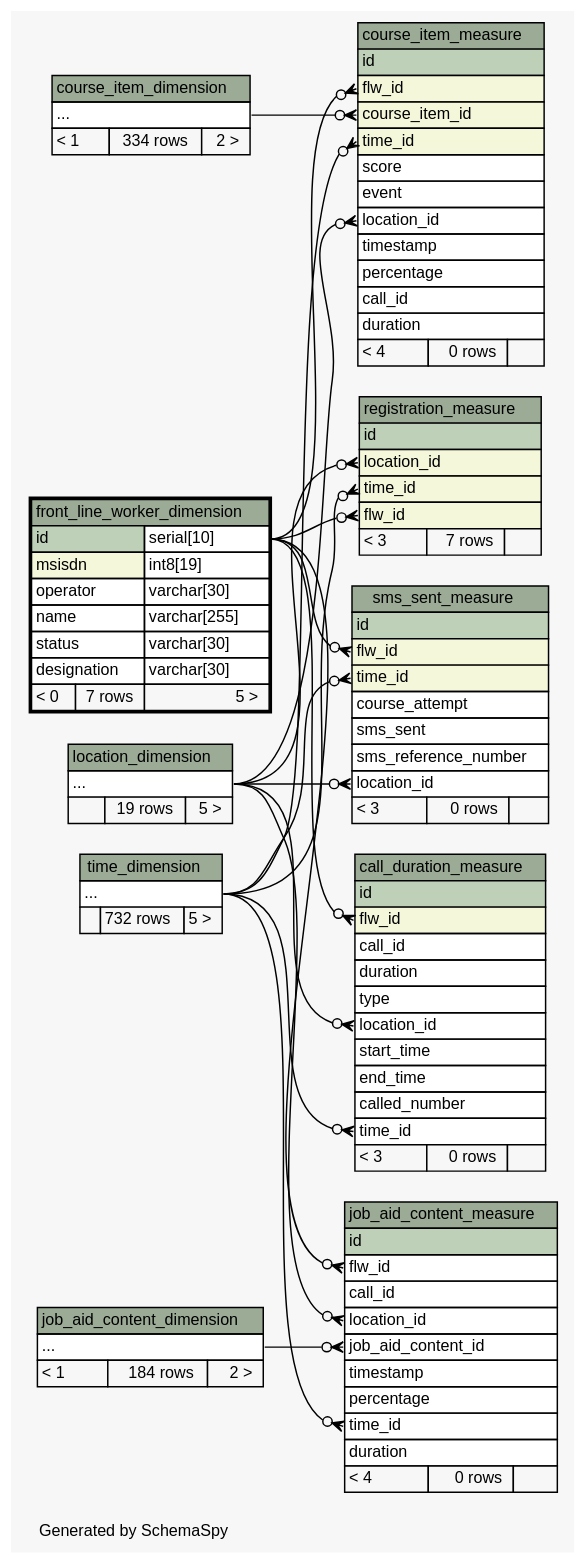
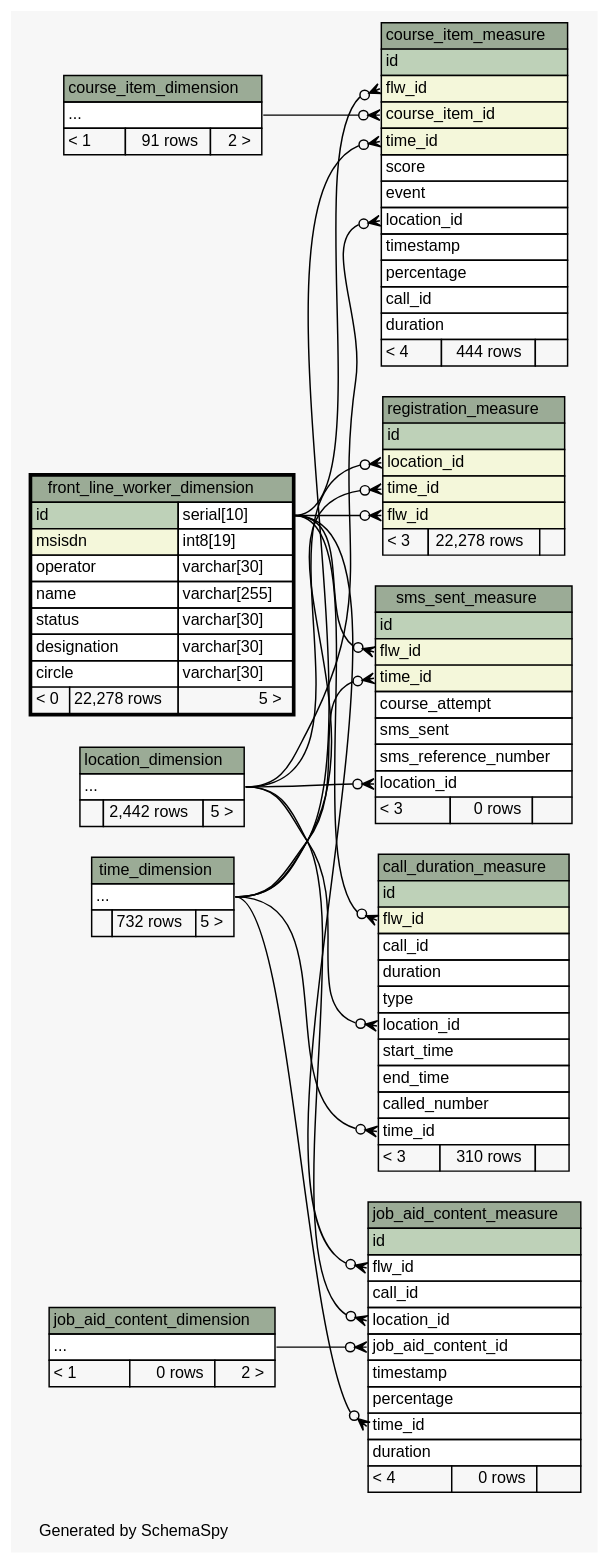
One commit to motech/ananya changed the diagram in ananya-report/build/schemaspy-output/diagrams/front_line_worker_dimension.2degrees.dot. Above: the diagram before and after it, drawn with Graphviz. The commit also changed 69 other files, not shown here.

```diff
--- a/ananya-report/build/schemaspy-output/diagrams/front_line_worker_dimension.2degrees.dot
+++ b/ananya-report/build/schemaspy-output/diagrams/front_line_worker_dimension.2degrees.dot
@@ -1,180 +1,181 @@
 // dot 2.26.3 on Linux 2.6.38-11-generic-pae
 // SchemaSpy rev 590
 digraph "twoDegreesRelationshipsDiagram" {
   graph [
     rankdir="RL"
     bgcolor="#f7f7f7"
     label="\nGenerated by SchemaSpy"
     labeljust="l"
     nodesep="0.18"
     ranksep="0.46"
     fontname="Helvetica"
     fontsize="11"
   ];
   node [
     fontname="Helvetica"
     fontsize="11"
     shape="plaintext"
   ];
   edge [
     arrowsize="0.8"
   ];
   "call_duration_measure":"flw_id":w -> "front_line_worker_dimension":"id.type":e [arrowhead=none dir=back arrowtail=crowodot];
   "call_duration_measure":"location_id":w -> "location_dimension":"elipses":e [arrowhead=none dir=back arrowtail=crowodot];
   "call_duration_measure":"time_id":w -> "time_dimension":"elipses":e [arrowhead=none dir=back arrowtail=crowodot];
   "course_item_measure":"course_item_id":w -> "course_item_dimension":"elipses":e [arrowhead=none dir=back arrowtail=crowodot];
   "course_item_measure":"flw_id":w -> "front_line_worker_dimension":"id.type":e [arrowhead=none dir=back arrowtail=crowodot];
   "course_item_measure":"location_id":w -> "location_dimension":"elipses":e [arrowhead=none dir=back arrowtail=crowodot];
   "course_item_measure":"time_id":w -> "time_dimension":"elipses":e [arrowhead=none dir=back arrowtail=crowodot];
   "job_aid_content_measure":"flw_id":w -> "front_line_worker_dimension":"id.type":e [arrowhead=none dir=back arrowtail=crowodot];
   "job_aid_content_measure":"job_aid_content_id":w -> "job_aid_content_dimension":"elipses":e [arrowhead=none dir=back arrowtail=crowodot];
   "job_aid_content_measure":"location_id":w -> "location_dimension":"elipses":e [arrowhead=none dir=back arrowtail=crowodot];
   "job_aid_content_measure":"time_id":w -> "time_dimension":"elipses":e [arrowhead=none dir=back arrowtail=crowodot];
   "registration_measure":"flw_id":w -> "front_line_worker_dimension":"id.type":e [arrowhead=none dir=back arrowtail=crowodot];
   "registration_measure":"location_id":w -> "location_dimension":"elipses":e [arrowhead=none dir=back arrowtail=crowodot];
   "registration_measure":"time_id":w -> "time_dimension":"elipses":e [arrowhead=none dir=back arrowtail=crowodot];
   "sms_sent_measure":"flw_id":w -> "front_line_worker_dimension":"id.type":e [arrowhead=none dir=back arrowtail=crowodot];
   "sms_sent_measure":"location_id":w -> "location_dimension":"elipses":e [arrowhead=none dir=back arrowtail=crowodot];
   "sms_sent_measure":"time_id":w -> "time_dimension":"elipses":e [arrowhead=none dir=back arrowtail=crowodot];
   "call_duration_measure" [
     label=<
     <TABLE BORDER="0" CELLBORDER="1" CELLSPACING="0" BGCOLOR="#ffffff">
       <TR><TD COLSPAN="3" BGCOLOR="#9bab96" ALIGN="CENTER">call_duration_measure</TD></TR>
       <TR><TD PORT="id" COLSPAN="3" BGCOLOR="#bed1b8" ALIGN="LEFT">id</TD></TR>
       <TR><TD PORT="flw_id" COLSPAN="3" BGCOLOR="#f4f7da" ALIGN="LEFT">flw_id</TD></TR>
       <TR><TD PORT="call_id" COLSPAN="3" ALIGN="LEFT">call_id</TD></TR>
       <TR><TD PORT="duration" COLSPAN="3" ALIGN="LEFT">duration</TD></TR>
       <TR><TD PORT="type" COLSPAN="3" ALIGN="LEFT">type</TD></TR>
       <TR><TD PORT="location_id" COLSPAN="3" ALIGN="LEFT">location_id</TD></TR>
       <TR><TD PORT="start_time" COLSPAN="3" ALIGN="LEFT">start_time</TD></TR>
       <TR><TD PORT="end_time" COLSPAN="3" ALIGN="LEFT">end_time</TD></TR>
       <TR><TD PORT="called_number" COLSPAN="3" ALIGN="LEFT">called_number</TD></TR>
       <TR><TD PORT="time_id" COLSPAN="3" ALIGN="LEFT">time_id</TD></TR>
-      <TR><TD ALIGN="LEFT" BGCOLOR="#f7f7f7">&lt; 3</TD><TD ALIGN="RIGHT" BGCOLOR="#f7f7f7">0 rows</TD><TD ALIGN="RIGHT" BGCOLOR="#f7f7f7">  </TD></TR>
+      <TR><TD ALIGN="LEFT" BGCOLOR="#f7f7f7">&lt; 3</TD><TD ALIGN="RIGHT" BGCOLOR="#f7f7f7">310 rows</TD><TD ALIGN="RIGHT" BGCOLOR="#f7f7f7">  </TD></TR>
     </TABLE>>
     URL="call_duration_measure.html"
     tooltip="call_duration_measure"
   ];
   "course_item_dimension" [
     label=<
     <TABLE BORDER="0" CELLBORDER="1" CELLSPACING="0" BGCOLOR="#ffffff">
       <TR><TD COLSPAN="3" BGCOLOR="#9bab96" ALIGN="CENTER">course_item_dimension</TD></TR>
       <TR><TD PORT="elipses" COLSPAN="3" ALIGN="LEFT">...</TD></TR>
-      <TR><TD ALIGN="LEFT" BGCOLOR="#f7f7f7">&lt; 1</TD><TD ALIGN="RIGHT" BGCOLOR="#f7f7f7">334 rows</TD><TD ALIGN="RIGHT" BGCOLOR="#f7f7f7">2 &gt;</TD></TR>
+      <TR><TD ALIGN="LEFT" BGCOLOR="#f7f7f7">&lt; 1</TD><TD ALIGN="RIGHT" BGCOLOR="#f7f7f7">91 rows</TD><TD ALIGN="RIGHT" BGCOLOR="#f7f7f7">2 &gt;</TD></TR>
     </TABLE>>
     URL="course_item_dimension.html"
     tooltip="course_item_dimension"
   ];
   "course_item_measure" [
     label=<
     <TABLE BORDER="0" CELLBORDER="1" CELLSPACING="0" BGCOLOR="#ffffff">
       <TR><TD COLSPAN="3" BGCOLOR="#9bab96" ALIGN="CENTER">course_item_measure</TD></TR>
       <TR><TD PORT="id" COLSPAN="3" BGCOLOR="#bed1b8" ALIGN="LEFT">id</TD></TR>
       <TR><TD PORT="flw_id" COLSPAN="3" BGCOLOR="#f4f7da" ALIGN="LEFT">flw_id</TD></TR>
       <TR><TD PORT="course_item_id" COLSPAN="3" BGCOLOR="#f4f7da" ALIGN="LEFT">course_item_id</TD></TR>
       <TR><TD PORT="time_id" COLSPAN="3" BGCOLOR="#f4f7da" ALIGN="LEFT">time_id</TD></TR>
       <TR><TD PORT="score" COLSPAN="3" ALIGN="LEFT">score</TD></TR>
       <TR><TD PORT="event" COLSPAN="3" ALIGN="LEFT">event</TD></TR>
       <TR><TD PORT="location_id" COLSPAN="3" ALIGN="LEFT">location_id</TD></TR>
       <TR><TD PORT="timestamp" COLSPAN="3" ALIGN="LEFT">timestamp</TD></TR>
       <TR><TD PORT="percentage" COLSPAN="3" ALIGN="LEFT">percentage</TD></TR>
       <TR><TD PORT="call_id" COLSPAN="3" ALIGN="LEFT">call_id</TD></TR>
       <TR><TD PORT="duration" COLSPAN="3" ALIGN="LEFT">duration</TD></TR>
-      <TR><TD ALIGN="LEFT" BGCOLOR="#f7f7f7">&lt; 4</TD><TD ALIGN="RIGHT" BGCOLOR="#f7f7f7">0 rows</TD><TD ALIGN="RIGHT" BGCOLOR="#f7f7f7">  </TD></TR>
+      <TR><TD ALIGN="LEFT" BGCOLOR="#f7f7f7">&lt; 4</TD><TD ALIGN="RIGHT" BGCOLOR="#f7f7f7">444 rows</TD><TD ALIGN="RIGHT" BGCOLOR="#f7f7f7">  </TD></TR>
     </TABLE>>
     URL="course_item_measure.html"
     tooltip="course_item_measure"
   ];
   "front_line_worker_dimension" [
     label=<
     <TABLE BORDER="2" CELLBORDER="1" CELLSPACING="0" BGCOLOR="#ffffff">
       <TR><TD COLSPAN="3" BGCOLOR="#9bab96" ALIGN="CENTER">front_line_worker_dimension</TD></TR>
       <TR><TD PORT="id" COLSPAN="2" BGCOLOR="#bed1b8" ALIGN="LEFT">id</TD><TD PORT="id.type" ALIGN="LEFT">serial[10]</TD></TR>
       <TR><TD PORT="msisdn" COLSPAN="2" BGCOLOR="#f4f7da" ALIGN="LEFT">msisdn</TD><TD PORT="msisdn.type" ALIGN="LEFT">int8[19]</TD></TR>
       <TR><TD PORT="operator" COLSPAN="2" ALIGN="LEFT">operator</TD><TD PORT="operator.type" ALIGN="LEFT">varchar[30]</TD></TR>
       <TR><TD PORT="name" COLSPAN="2" ALIGN="LEFT">name</TD><TD PORT="name.type" ALIGN="LEFT">varchar[255]</TD></TR>
       <TR><TD PORT="status" COLSPAN="2" ALIGN="LEFT">status</TD><TD PORT="status.type" ALIGN="LEFT">varchar[30]</TD></TR>
       <TR><TD PORT="designation" COLSPAN="2" ALIGN="LEFT">designation</TD><TD PORT="designation.type" ALIGN="LEFT">varchar[30]</TD></TR>
-      <TR><TD ALIGN="LEFT" BGCOLOR="#f7f7f7">&lt; 0</TD><TD ALIGN="RIGHT" BGCOLOR="#f7f7f7">7 rows</TD><TD ALIGN="RIGHT" BGCOLOR="#f7f7f7">5 &gt;</TD></TR>
+      <TR><TD PORT="circle" COLSPAN="2" ALIGN="LEFT">circle</TD><TD PORT="circle.type" ALIGN="LEFT">varchar[30]</TD></TR>
+      <TR><TD ALIGN="LEFT" BGCOLOR="#f7f7f7">&lt; 0</TD><TD ALIGN="RIGHT" BGCOLOR="#f7f7f7">22,278 rows</TD><TD ALIGN="RIGHT" BGCOLOR="#f7f7f7">5 &gt;</TD></TR>
     </TABLE>>
     URL="front_line_worker_dimension.html"
     tooltip="front_line_worker_dimension"
   ];
   "job_aid_content_dimension" [
     label=<
     <TABLE BORDER="0" CELLBORDER="1" CELLSPACING="0" BGCOLOR="#ffffff">
       <TR><TD COLSPAN="3" BGCOLOR="#9bab96" ALIGN="CENTER">job_aid_content_dimension</TD></TR>
       <TR><TD PORT="elipses" COLSPAN="3" ALIGN="LEFT">...</TD></TR>
-      <TR><TD ALIGN="LEFT" BGCOLOR="#f7f7f7">&lt; 1</TD><TD ALIGN="RIGHT" BGCOLOR="#f7f7f7">184 rows</TD><TD ALIGN="RIGHT" BGCOLOR="#f7f7f7">2 &gt;</TD></TR>
+      <TR><TD ALIGN="LEFT" BGCOLOR="#f7f7f7">&lt; 1</TD><TD ALIGN="RIGHT" BGCOLOR="#f7f7f7">0 rows</TD><TD ALIGN="RIGHT" BGCOLOR="#f7f7f7">2 &gt;</TD></TR>
     </TABLE>>
     URL="job_aid_content_dimension.html"
     tooltip="job_aid_content_dimension"
   ];
   "job_aid_content_measure" [
     label=<
     <TABLE BORDER="0" CELLBORDER="1" CELLSPACING="0" BGCOLOR="#ffffff">
       <TR><TD COLSPAN="3" BGCOLOR="#9bab96" ALIGN="CENTER">job_aid_content_measure</TD></TR>
       <TR><TD PORT="id" COLSPAN="3" BGCOLOR="#bed1b8" ALIGN="LEFT">id</TD></TR>
       <TR><TD PORT="flw_id" COLSPAN="3" ALIGN="LEFT">flw_id</TD></TR>
       <TR><TD PORT="call_id" COLSPAN="3" ALIGN="LEFT">call_id</TD></TR>
       <TR><TD PORT="location_id" COLSPAN="3" ALIGN="LEFT">location_id</TD></TR>
       <TR><TD PORT="job_aid_content_id" COLSPAN="3" ALIGN="LEFT">job_aid_content_id</TD></TR>
       <TR><TD PORT="timestamp" COLSPAN="3" ALIGN="LEFT">timestamp</TD></TR>
       <TR><TD PORT="percentage" COLSPAN="3" ALIGN="LEFT">percentage</TD></TR>
       <TR><TD PORT="time_id" COLSPAN="3" ALIGN="LEFT">time_id</TD></TR>
       <TR><TD PORT="duration" COLSPAN="3" ALIGN="LEFT">duration</TD></TR>
       <TR><TD ALIGN="LEFT" BGCOLOR="#f7f7f7">&lt; 4</TD><TD ALIGN="RIGHT" BGCOLOR="#f7f7f7">0 rows</TD><TD ALIGN="RIGHT" BGCOLOR="#f7f7f7">  </TD></TR>
     </TABLE>>
     URL="job_aid_content_measure.html"
     tooltip="job_aid_content_measure"
   ];
   "location_dimension" [
     label=<
     <TABLE BORDER="0" CELLBORDER="1" CELLSPACING="0" BGCOLOR="#ffffff">
       <TR><TD COLSPAN="3" BGCOLOR="#9bab96" ALIGN="CENTER">location_dimension</TD></TR>
       <TR><TD PORT="elipses" COLSPAN="3" ALIGN="LEFT">...</TD></TR>
-      <TR><TD ALIGN="LEFT" BGCOLOR="#f7f7f7">  </TD><TD ALIGN="RIGHT" BGCOLOR="#f7f7f7">19 rows</TD><TD ALIGN="RIGHT" BGCOLOR="#f7f7f7">5 &gt;</TD></TR>
+      <TR><TD ALIGN="LEFT" BGCOLOR="#f7f7f7">  </TD><TD ALIGN="RIGHT" BGCOLOR="#f7f7f7">2,442 rows</TD><TD ALIGN="RIGHT" BGCOLOR="#f7f7f7">5 &gt;</TD></TR>
     </TABLE>>
     URL="location_dimension.html"
     tooltip="location_dimension"
   ];
   "registration_measure" [
     label=<
     <TABLE BORDER="0" CELLBORDER="1" CELLSPACING="0" BGCOLOR="#ffffff">
       <TR><TD COLSPAN="3" BGCOLOR="#9bab96" ALIGN="CENTER">registration_measure</TD></TR>
       <TR><TD PORT="id" COLSPAN="3" BGCOLOR="#bed1b8" ALIGN="LEFT">id</TD></TR>
       <TR><TD PORT="location_id" COLSPAN="3" BGCOLOR="#f4f7da" ALIGN="LEFT">location_id</TD></TR>
       <TR><TD PORT="time_id" COLSPAN="3" BGCOLOR="#f4f7da" ALIGN="LEFT">time_id</TD></TR>
       <TR><TD PORT="flw_id" COLSPAN="3" BGCOLOR="#f4f7da" ALIGN="LEFT">flw_id</TD></TR>
-      <TR><TD ALIGN="LEFT" BGCOLOR="#f7f7f7">&lt; 3</TD><TD ALIGN="RIGHT" BGCOLOR="#f7f7f7">7 rows</TD><TD ALIGN="RIGHT" BGCOLOR="#f7f7f7">  </TD></TR>
+      <TR><TD ALIGN="LEFT" BGCOLOR="#f7f7f7">&lt; 3</TD><TD ALIGN="RIGHT" BGCOLOR="#f7f7f7">22,278 rows</TD><TD ALIGN="RIGHT" BGCOLOR="#f7f7f7">  </TD></TR>
     </TABLE>>
     URL="registration_measure.html"
     tooltip="registration_measure"
   ];
   "sms_sent_measure" [
     label=<
     <TABLE BORDER="0" CELLBORDER="1" CELLSPACING="0" BGCOLOR="#ffffff">
       <TR><TD COLSPAN="3" BGCOLOR="#9bab96" ALIGN="CENTER">sms_sent_measure</TD></TR>
       <TR><TD PORT="id" COLSPAN="3" BGCOLOR="#bed1b8" ALIGN="LEFT">id</TD></TR>
       <TR><TD PORT="flw_id" COLSPAN="3" BGCOLOR="#f4f7da" ALIGN="LEFT">flw_id</TD></TR>
       <TR><TD PORT="time_id" COLSPAN="3" BGCOLOR="#f4f7da" ALIGN="LEFT">time_id</TD></TR>
       <TR><TD PORT="course_attempt" COLSPAN="3" ALIGN="LEFT">course_attempt</TD></TR>
       <TR><TD PORT="sms_sent" COLSPAN="3" ALIGN="LEFT">sms_sent</TD></TR>
       <TR><TD PORT="sms_reference_number" COLSPAN="3" ALIGN="LEFT">sms_reference_number</TD></TR>
       <TR><TD PORT="location_id" COLSPAN="3" ALIGN="LEFT">location_id</TD></TR>
       <TR><TD ALIGN="LEFT" BGCOLOR="#f7f7f7">&lt; 3</TD><TD ALIGN="RIGHT" BGCOLOR="#f7f7f7">0 rows</TD><TD ALIGN="RIGHT" BGCOLOR="#f7f7f7">  </TD></TR>
     </TABLE>>
     URL="sms_sent_measure.html"
     tooltip="sms_sent_measure"
   ];
   "time_dimension" [
     label=<
     <TABLE BORDER="0" CELLBORDER="1" CELLSPACING="0" BGCOLOR="#ffffff">
       <TR><TD COLSPAN="3" BGCOLOR="#9bab96" ALIGN="CENTER">time_dimension</TD></TR>
       <TR><TD PORT="elipses" COLSPAN="3" ALIGN="LEFT">...</TD></TR>
       <TR><TD ALIGN="LEFT" BGCOLOR="#f7f7f7">  </TD><TD ALIGN="RIGHT" BGCOLOR="#f7f7f7">732 rows</TD><TD ALIGN="RIGHT" BGCOLOR="#f7f7f7">5 &gt;</TD></TR>
     </TABLE>>
     URL="time_dimension.html"
     tooltip="time_dimension"
   ];
 }
```
